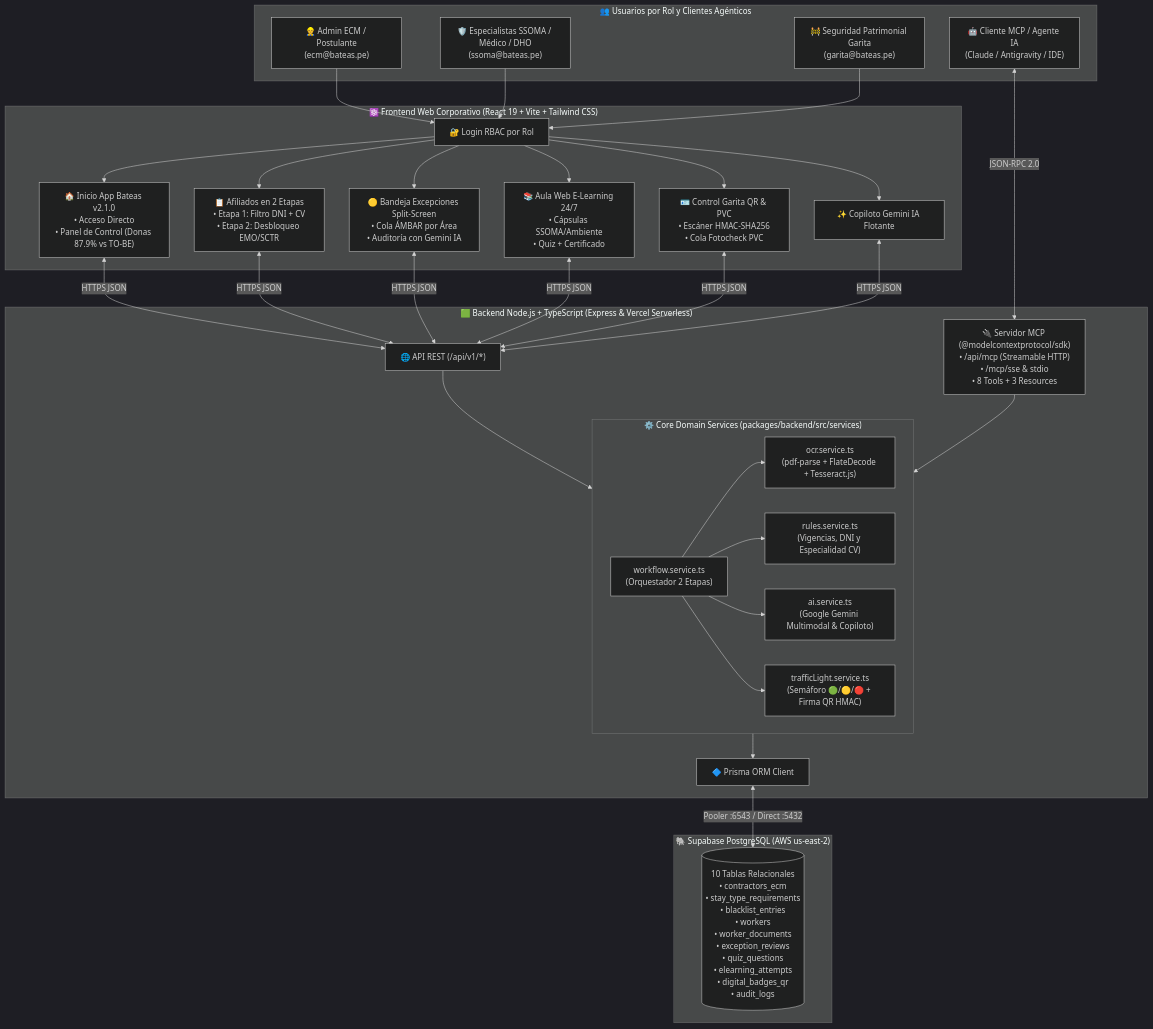
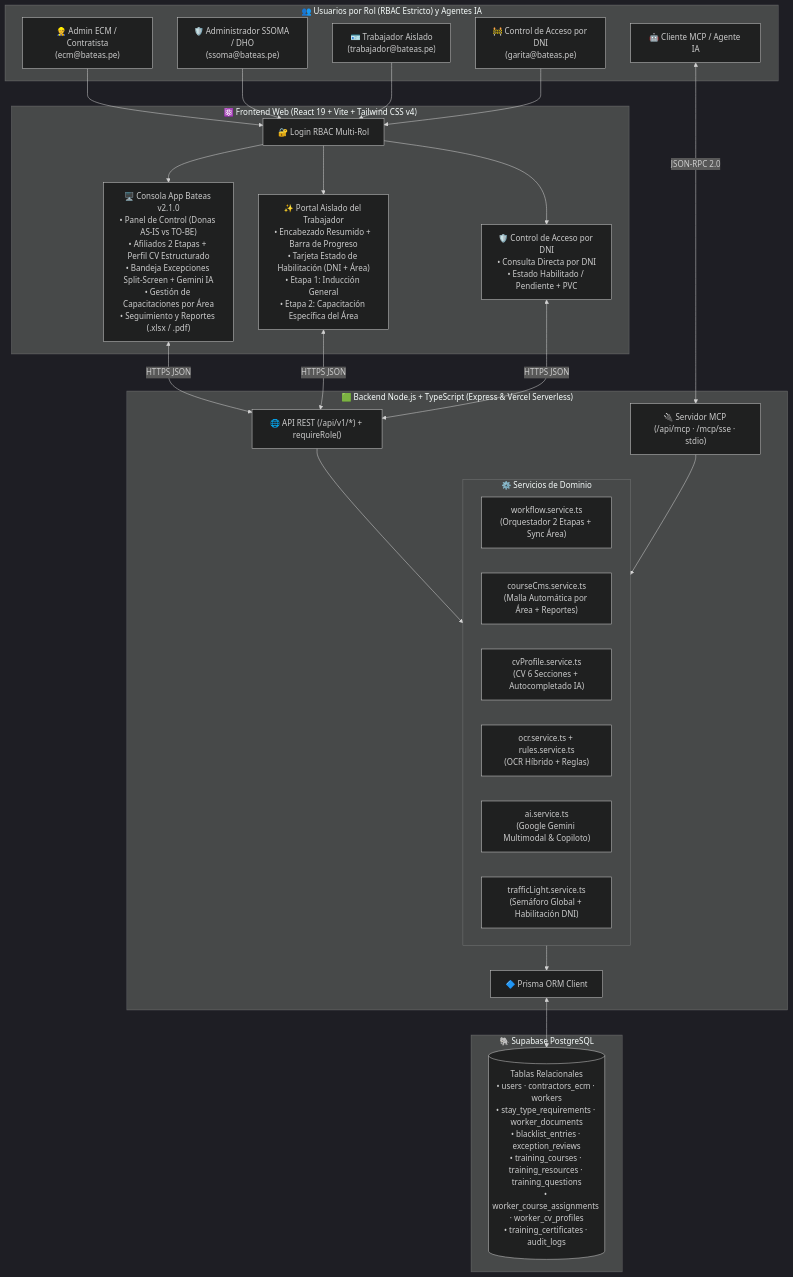
The first of 2 diagrams in README.md (Andybetmp/ZeroTouch), drawn with Mermaid (dark theme) before and after one commit. The commit also changed other lines of this file and 3 other files, not shown here.

Commit message:
docs: update README and SDD specs for v3.0 (no QR, auto area-based courses, clean Worker Portal UI)

````diff
--- a/README.md
+++ b/README.md
@@ -94,55 +92,45 @@
 ```mermaid
 flowchart TB
-    subgraph Actores["👥 Usuarios por Rol y Clientes Agénticos"]
-        ECM["👷 Admin ECM / Postulante\n(ecm@bateas.pe)"]
-        REV["🛡️ Especialistas SSOMA / Médico / DHO\n(ssoma@bateas.pe)"]
-        GAR["🚧 Seguridad Patrimonial Garita\n(garita@bateas.pe)"]
-        MCP_AGENT["🤖 Cliente MCP / Agente IA\n(Claude / Antigravity / IDE)"]
+    subgraph Actores["👥 Usuarios por Rol (RBAC Estricto) y Agentes IA"]
+        ECM["👷 Admin ECM / Contratista\n(ecm@bateas.pe)"]
+        REV["🛡️ Administrador SSOMA / DHO\n(ssoma@bateas.pe)"]
+        TRAB["🪪 Trabajador Aislado\n(trabajador@bateas.pe)"]
+        GAR["🚧 Control de Acceso por DNI\n(garita@bateas.pe)"]
+        MCP_AGENT["🤖 Cliente MCP / Agente IA"]
     end
 
-    subgraph Frontend["⚛️ Frontend Web Corporativo (React 19 + Vite + Tailwind CSS)"]
-        UI_LOGIN["🔐 Login RBAC por Rol"]
-        UI_HOME["🏠 Inicio App Bateas v2.1.0\n• Acceso Directo\n• Panel de Control (Donas 87.9% vs TO-BE)"]
-        UI_AFIL["📋 Afiliados en 2 Etapas\n• Etapa 1: Filtro DNI + CV\n• Etapa 2: Desbloqueo EMO/SCTR"]
-        UI_EXC["🟡 Bandeja Excepciones Split-Screen\n• Cola ÁMBAR por Área\n• Auditoría con Gemini IA"]
-        UI_LMS["📚 Aula Web E-Learning 24/7\n• Cápsulas SSOMA/Ambiente\n• Quiz + Certificado"]
-        UI_QR["🪪 Control Garita QR & PVC\n• Escáner HMAC-SHA256\n• Cola Fotocheck PVC"]
-        UI_COPILOT["✨ Copiloto Gemini IA Flotante"]
+    subgraph Frontend["⚛️ Frontend Web (React 19 + Vite + Tailwind CSS v4)"]
+        UI_LOGIN["🔐 Login RBAC Multi-Rol"]
+        UI_ADMIN["🖥️ Consola App Bateas v2.1.0\n• Panel de Control (Donas AS-IS vs TO-BE)\n• Afiliados 2 Etapas + Perfil CV Estructurado\n• Bandeja Excepciones Split-Screen + Gemini IA\n• Gestión de Capacitaciones por Área\n• Seguimiento y Reportes (.xlsx / .pdf)"]
+        UI_WORKER["✨ Portal Aislado del Trabajador\n• Encabezado Resumido + Barra de Progreso\n• Tarjeta Estado de Habilitación (DNI + Área)\n• Etapa 1: Inducción General\n• Etapa 2: Capacitación Específica del Área"]
+        UI_ACCESS["🛡️ Control de Acceso por DNI\n• Consulta Directa por DNI\n• Estado Habilitado / Pendiente + PVC"]
     end
 
     subgraph Backend["🟩 Backend Node.js + TypeScript (Express & Vercel Serverless)"]
-        REST_API["🌐 API REST (/api/v1/*)"]
-        MCP_SRV["🔌 Servidor MCP (@modelcontextprotocol/sdk)\n• /api/mcp (Streamable HTTP)\n• /mcp/sse & stdio\n• 8 Tools + 3 Resources"]
+        REST_API["🌐 API REST (/api/v1/*) + requireRole()"]
+        MCP_SRV["🔌 Servidor MCP (/api/mcp · /mcp/sse · stdio)"]
 
-        subgraph CoreDomain["⚙️ Core Domain Services (packages/backend/src/services)"]
-            SVC_WORKFLOW["workflow.service.ts\n(Orquestador 2 Etapas)"]
-            SVC_OCR["ocr.service.ts\n(pdf-parse + FlateDecode + Tesseract.js)"]
-            SVC_RULES["rules.service.ts\n(Vigencias, DNI y Especialidad CV)"]
+        subgraph CoreDomain["⚙️ Servicios de Dominio"]
+            SVC_WF["workflow.service.ts\n(Orquestador 2 Etapas + Sync Área)"]
+            SVC_CMS["courseCms.service.ts\n(Malla Automática por Área + Reportes)"]
+            SVC_CV["cvProfile.service.ts\n(CV 6 Secciones + Autocompletado IA)"]
+            SVC_OCR["ocr.service.ts + rules.service.ts\n(OCR Híbrido + Reglas)"]
             SVC_AI["ai.service.ts\n(Google Gemini Multimodal & Copiloto)"]
-            SVC_TL["trafficLight.service.ts\n(Semáforo 🟢/🟡/🔴 + Firma QR HMAC)"]
+            SVC_TL["trafficLight.service.ts\n(Semáforo Global + Habilitación DNI)"]
         end
 
         PRISMA["🔷 Prisma ORM Client"]
     end
 
-    subgraph CloudDB["🐘 Supabase PostgreSQL (AWS us-east-2)"]
-        PG_DB[("10 Tablas Relacionales\n• contractors_ecm\n• stay_type_requirements\n• blacklist_entries\n• workers\n• worker_documents\n• exception_reviews\n• quiz_questions\n• elearning_attempts\n• digital_badges_qr\n• audit_logs")]
+    subgraph CloudDB["🐘 Supabase PostgreSQL"]
+        PG_DB[("Tablas Relacionales\n• users · contractors_ecm · workers\n• stay_type_requirements · worker_documents\n• blacklist_entries · exception_reviews\n• training_courses · training_resources · training_questions\n• worker_course_assignments · worker_cv_profiles\n• training_certificates · audit_logs")]
     end
 
-    ECM & REV & GAR --> UI_LOGIN
-    UI_LOGIN --> UI_HOME & UI_AFIL & UI_EXC & UI_LMS & UI_QR & UI_COPILOT
+    ECM & REV --> UI_LOGIN --> UI_ADMIN
+    TRAB --> UI_LOGIN --> UI_WORKER
+    GAR --> UI_LOGIN --> UI_ACCESS
     MCP_AGENT <-->|"JSON-RPC 2.0"| MCP_SRV
 
-    UI_HOME & UI_AFIL & UI_EXC & UI_LMS & UI_QR & UI_COPILOT <-->|"HTTPS JSON"| REST_API
-
-    REST_API --> CoreDomain
-    MCP_SRV --> CoreDomain
-
-    SVC_WORKFLOW --> SVC_OCR
-    SVC_WORKFLOW --> SVC_RULES
-    SVC_WORKFLOW --> SVC_AI
-    SVC_WORKFLOW --> SVC_TL
-
-    CoreDomain --> PRISMA
-    PRISMA <-->|"Pooler :6543 / Direct :5432"| PG_DB
+    UI_ADMIN & UI_WORKER & UI_ACCESS <-->|"HTTPS JSON"| REST_API
+    REST_API & MCP_SRV --> CoreDomain --> PRISMA <--> PG_DB
 ```
````
